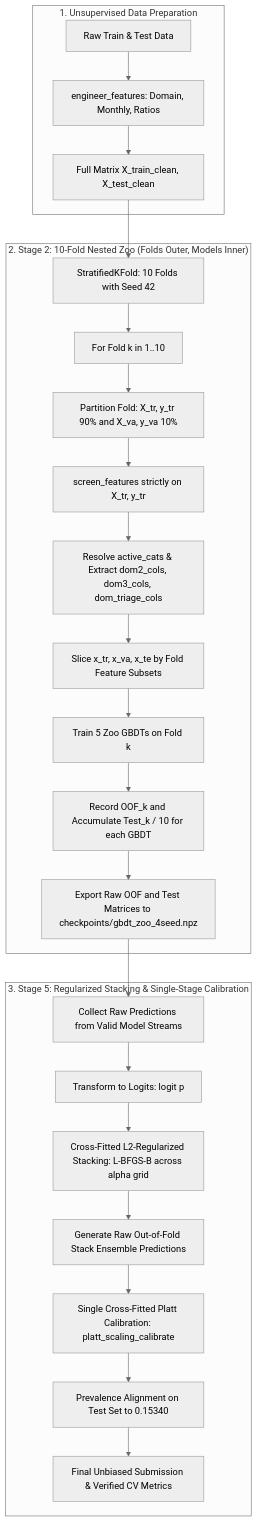
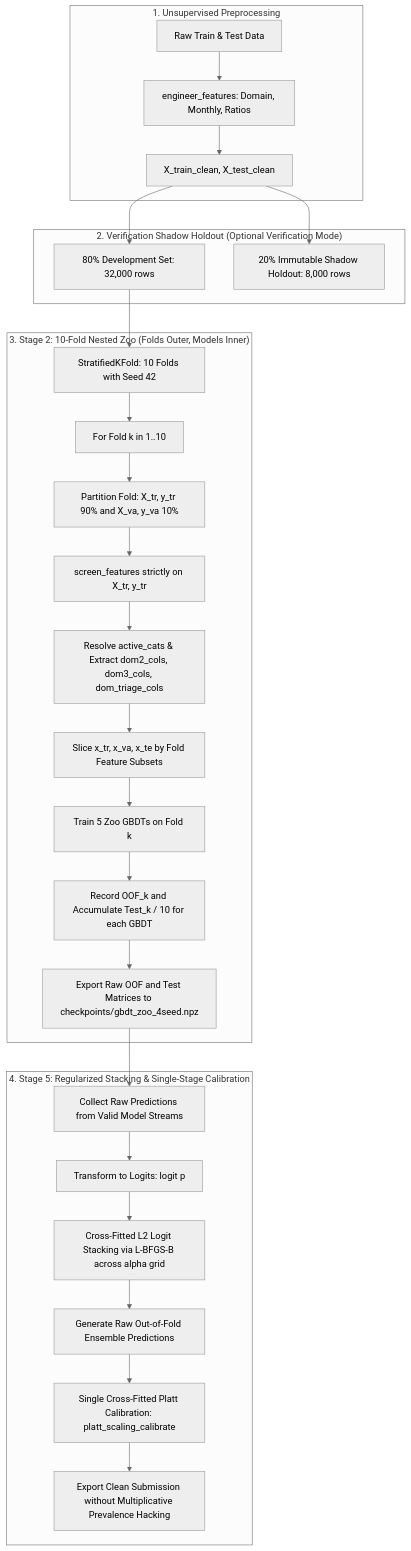
The diagram in docs/superpowers/specs/2026-09-29-leak-free-cv-pipeline-design.md (Chrisolande/liquidity), drawn with Mermaid (neutral theme) before and after one commit. The commit also changed other lines of this file, not shown here.

Commit message:
docs: expand design spec with Stage 4 de-risking, Stage 5 prevalence fix, and shadow holdout benchmark

````diff
--- a/docs/superpowers/specs/2026-09-29-leak-free-cv-pipeline-design.md
+++ b/docs/superpowers/specs/2026-09-29-leak-free-cv-pipeline-design.md
@@ -40,29 +46,33 @@
 ```mermaid
 flowchart TD
-    subgraph DataPrep ["1. Unsupervised Data Preparation"]
+    subgraph DataPrep ["1. Unsupervised Preprocessing"]
         A[Raw Train & Test Data] --> B[engineer_features: Domain, Monthly, Ratios]
-        B --> C[Full Matrix X_train_clean, X_test_clean]
+        B --> C[X_train_clean, X_test_clean]
     end
 
-    subgraph Stage2 ["2. Stage 2: 10-Fold Nested Zoo (Folds Outer, Models Inner)"]
-        C --> D[StratifiedKFold: 10 Folds with Seed 42]
+    subgraph ShadowSplit ["2. Verification Shadow Holdout (Optional Verification Mode)"]
+        C --> S1[80% Development Set: 32,000 rows]
+        C --> S2[20% Immutable Shadow Holdout: 8,000 rows]
+    end
+
+    subgraph Stage2 ["3. Stage 2: 10-Fold Nested Zoo (Folds Outer, Models Inner)"]
+        S1 --> D[StratifiedKFold: 10 Folds with Seed 42]
         D --> E[For Fold k in 1..10]
         E --> F[Partition Fold: X_tr, y_tr 90% and X_va, y_va 10%]
         F --> G[screen_features strictly on X_tr, y_tr]
         G --> H[Resolve active_cats & Extract dom2_cols, dom3_cols, dom_triage_cols]
         H --> I[Slice x_tr, x_va, x_te by Fold Feature Subsets]
         I --> J[Train 5 Zoo GBDTs on Fold k]
         J --> K[Record OOF_k and Accumulate Test_k / 10 for each GBDT]
         K --> L[Export Raw OOF and Test Matrices to checkpoints/gbdt_zoo_4seed.npz]
     end
 
-    subgraph Stage5 ["3. Stage 5: Regularized Stacking & Single-Stage Calibration"]
+    subgraph Stage5 ["4. Stage 5: Regularized Stacking & Single-Stage Calibration"]
         L --> M[Collect Raw Predictions from Valid Model Streams]
         M --> N[Transform to Logits: logit p]
-        N --> O[Cross-Fitted L2-Regularized Stacking: L-BFGS-B across alpha grid]
-        O --> P[Generate Raw Out-of-Fold Stack Ensemble Predictions]
+        N --> O[Cross-Fitted L2 Logit Stacking via L-BFGS-B across alpha grid]
+        O --> P[Generate Raw Out-of-Fold Ensemble Predictions]
         P --> Q[Single Cross-Fitted Platt Calibration: platt_scaling_calibrate]
-        Q --> R[Prevalence Alignment on Test Set to 0.15340]
-        R --> S[Final Unbiased Submission & Verified CV Metrics]
+        Q --> R[Export Clean Submission without Multiplicative Prevalence Hacking]
     end
 ```
````
